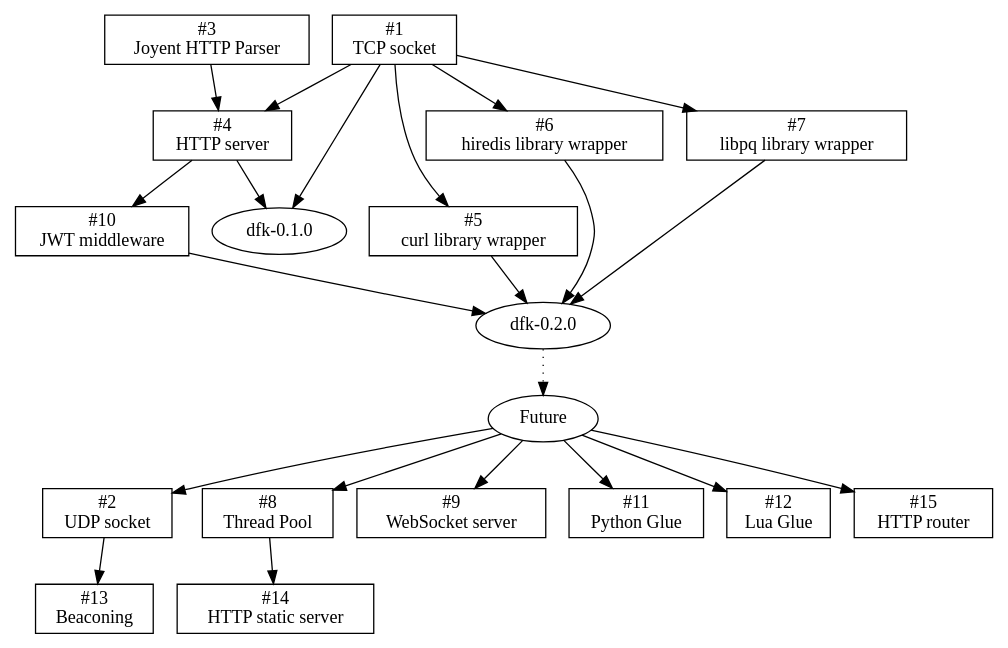
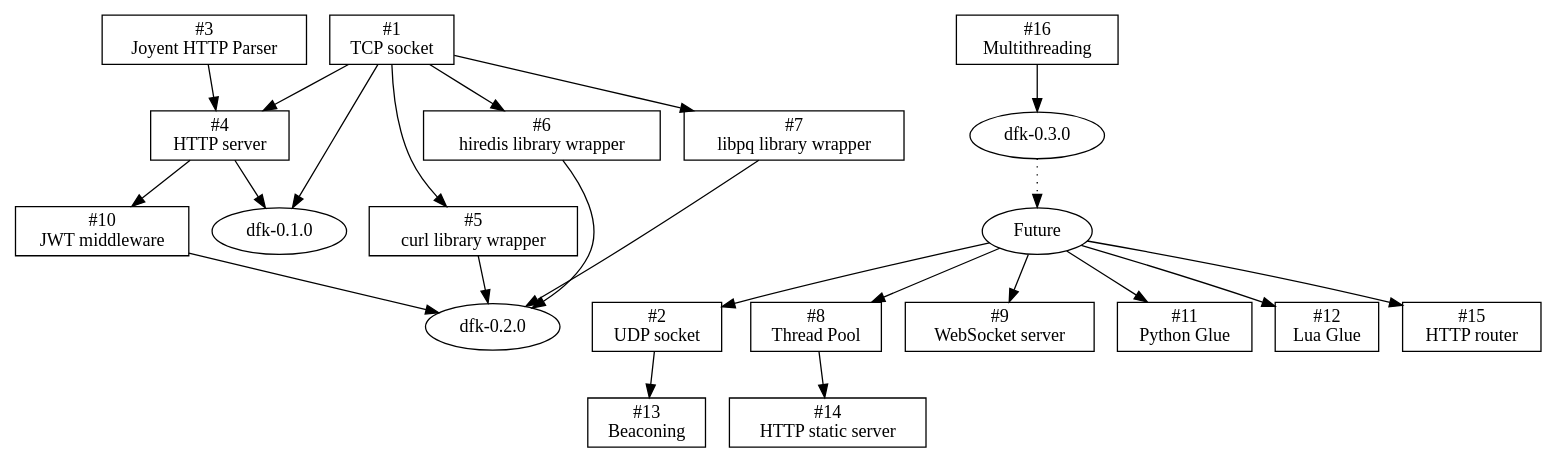
The diagram in doc/roadmap.dot (isn-/dfk), drawn with Graphviz before and after one commit.

Commit message:
devenv: Update roadmap

```diff
--- a/doc/roadmap.dot
+++ b/doc/roadmap.dot
@@ -1,59 +1,64 @@
 digraph "DFK Library Roadmap" {
   node [shape=box];
 
   tcp_socket [label="#1\nTCP socket"];
   udp_socket [label="#2\nUDP socket"];
 
   http_parser [label="#3\nJoyent HTTP Parser"];
 
   http_server [label="#4\nHTTP server"];
     tcp_socket -> http_server
     http_parser -> http_server
 
   curl [label="#5\ncurl library wrapper"];
     tcp_socket -> curl;
 
   redis [label="#6\nhiredis library wrapper"];
     tcp_socket -> redis;
 
   libpq [label="#7\nlibpq library wrapper"];
     tcp_socket -> libpq;
 
   threadpool [label="#8\nThread Pool"];
 
   ws [label="#9\nWebSocket server"];
 
   jwt [label="#10\nJWT middleware"];
     http_server -> jwt;
 
   python [label="#11\nPython Glue"];
   lua [label="#12\nLua Glue"];
 
   beacon [label="#13\nBeaconing"];
     udp_socket -> beacon;
 
   static [label="#14\nHTTP static server"];
     threadpool -> static;
 
   router [label="#15\nHTTP router"];
 
+  mt [label="#16\nMultithreading"];
+
   dfk010 [label="dfk-0.1.0" shape=oval];
     tcp_socket -> dfk010
     http_server -> dfk010
 
   dfk020 [label="dfk-0.2.0" shape=oval];
     jwt -> dfk020;
     redis -> dfk020;
     curl -> dfk020;
     libpq -> dfk020;
 
+  dfk030 [label="dfk-0.3.0" shape=oval];
+    mt -> dfk030;
+
   future [label="Future" shape=oval];
-    dfk020 -> future [style=dotted];
+    dfk030 -> future [style=dotted];
 
   future -> udp_socket;
   future -> ws;
   future -> threadpool;
   future -> python;
   future -> lua;
   future -> router;
 }
```
